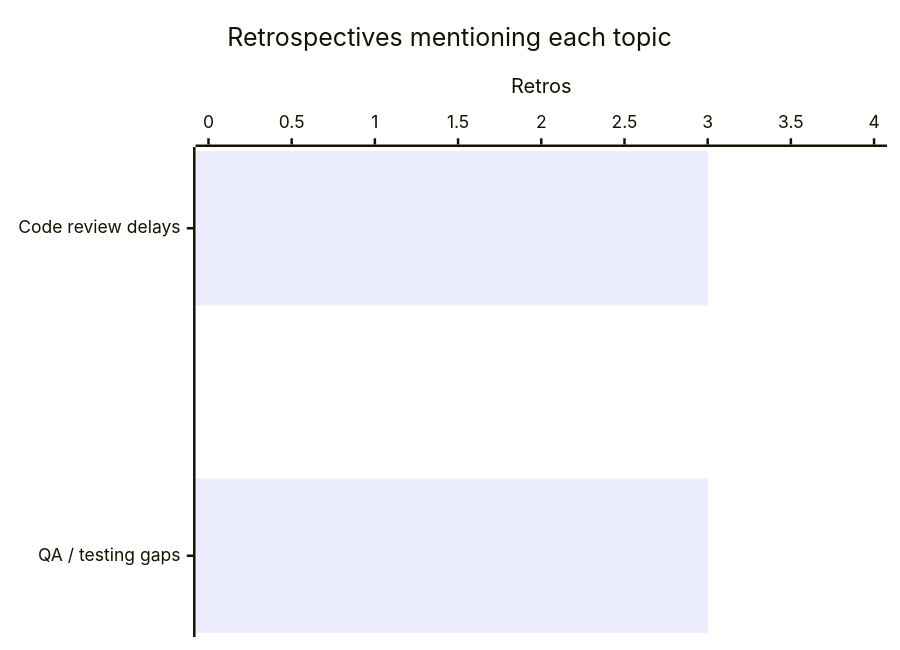
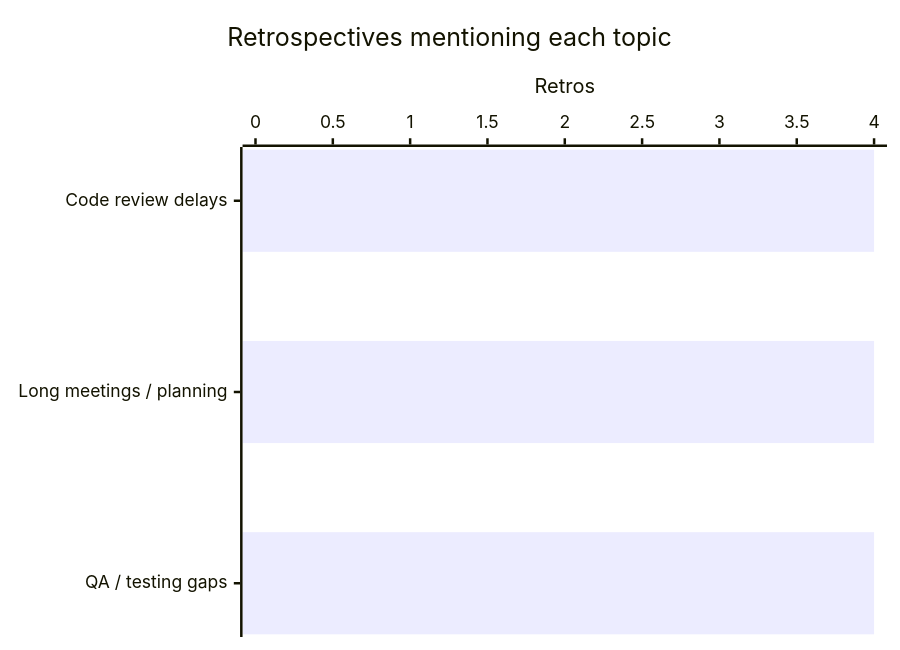
Before and after one commit to IslamFathyy/retro-lab: the second of 2 diagrams in docs/reminders/latest-report.md, drawn with Mermaid. The commit also changed other lines of this file and 3 other files, not shown here.

````diff
--- a/docs/reminders/latest-report.md
+++ b/docs/reminders/latest-report.md
@@ -46,7 +46,7 @@
 ```mermaid
 xychart-beta horizontal
     title "Retrospectives mentioning each topic"
-    x-axis ["Code review delays", "QA / testing gaps"]
+    x-axis ["Code review delays", "Long meetings / planning", "QA / testing gaps"]
     y-axis "Retros" 0 --> 4
-    bar [3, 3]
+    bar [4, 4, 4]
 ```
````
